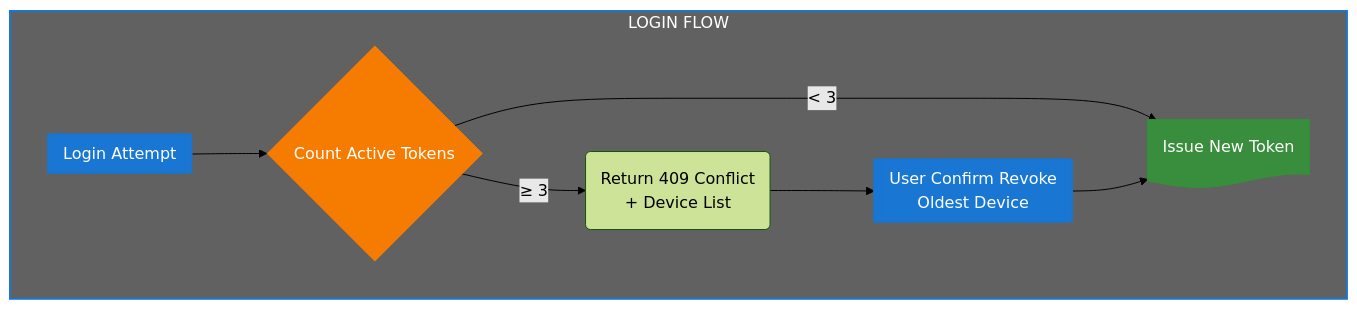
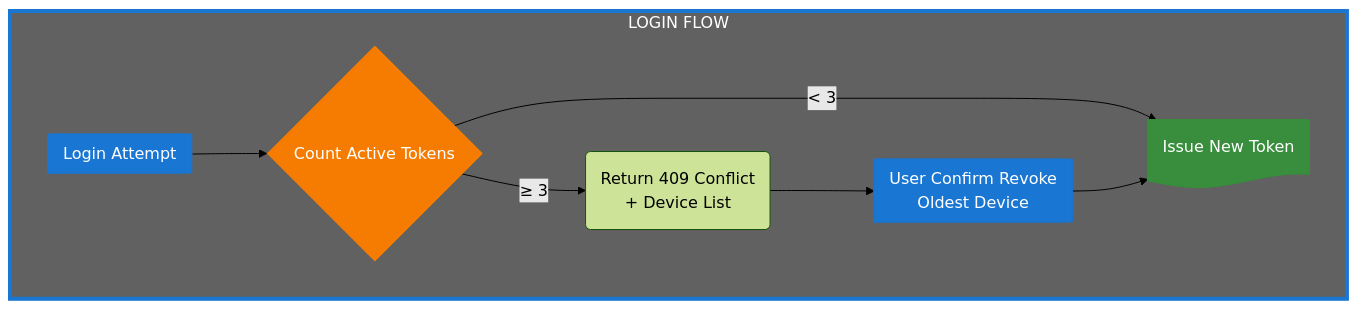
Diagram 12 of 12 in docs/capstone/diagrams/flow-diagrams.vi.md (nghyane/VSTEP), drawn with Mermaid (forest theme) before and after one commit. The commit also changed other lines of this file, not shown here.

First line of the commit message:
fix(docs): increase box stroke width to 4px for better visibility

````diff
--- a/docs/capstone/diagrams/flow-diagrams.vi.md
+++ b/docs/capstone/diagrams/flow-diagrams.vi.md
@@ -822,28 +822,28 @@
 ```mermaid
 flowchart TB
     subgraph Login["LOGIN FLOW"]
         Attempt@{ shape: fr-rect, label: "Login Attempt" }
         Count@{ shape: diam, label: "Count Active Tokens" }
         Warn@{ shape: rounded, label: "Return 409 Conflict\n+ Device List" }
         Revoke@{ shape: fr-rect, label: "User Confirm Revoke\nOldest Device" }
         Issue@{ shape: doc, label: "Issue New Token" }
     end
 
     Attempt --> Count
     Count -->|"< 3"| Issue
     Count -->|"≥ 3"| Warn --> Revoke --> Issue
 
     %% Nodes
     classDef process fill:#1976d2,stroke:#1976d2,color:#fff
     classDef decision fill:#f57c00,stroke:#f57c00,color:#fff
     classDef success fill:#388e3c,stroke:#388e3c,color:#fff
 
     %% Box
-    classDef loginBox fill:#616161,stroke:#1976d2,stroke-width:2px,color:#fff
+    classDef loginBox fill:#616161,stroke:#1976d2,stroke-width:4px,color:#fff
 
     class Login loginBox
 
     class Attempt,Revoke,Issue process
     class Count decision
     class Issue success
 ```
````
